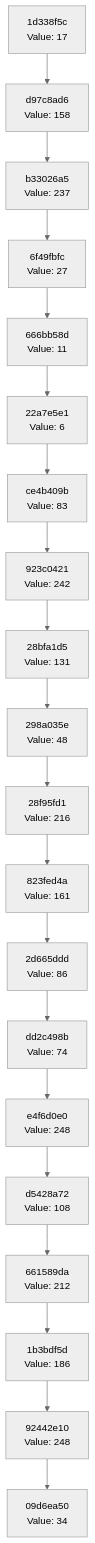
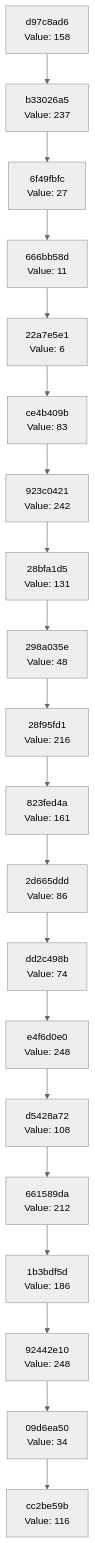
One commit to Abhisheksinha1506/hash-chain-evolver changed the diagram in docs/CHAIN_VISUALIZATION.md. Above: the diagram before and after it, drawn with Mermaid (neutral theme). The commit also changed 2 other files, not shown here.

Commit message:
Evolution Step

````diff
--- a/docs/CHAIN_VISUALIZATION.md
+++ b/docs/CHAIN_VISUALIZATION.md
@@ -3,42 +3,42 @@
 ```mermaid
 graph TD
-    C0["09d6ea50<br/>Value: 34"]
-    C1["92442e10<br/>Value: 248"]
+    C0["cc2be59b<br/>Value: 116"]
+    C1["09d6ea50<br/>Value: 34"]
     C1 --> C0
-    C2["1b3bdf5d<br/>Value: 186"]
+    C2["92442e10<br/>Value: 248"]
     C2 --> C1
-    C3["661589da<br/>Value: 212"]
+    C3["1b3bdf5d<br/>Value: 186"]
     C3 --> C2
-    C4["d5428a72<br/>Value: 108"]
+    C4["661589da<br/>Value: 212"]
     C4 --> C3
-    C5["e4f6d0e0<br/>Value: 248"]
+    C5["d5428a72<br/>Value: 108"]
     C5 --> C4
-    C6["dd2c498b<br/>Value: 74"]
+    C6["e4f6d0e0<br/>Value: 248"]
     C6 --> C5
-    C7["2d665ddd<br/>Value: 86"]
+    C7["dd2c498b<br/>Value: 74"]
     C7 --> C6
-    C8["823fed4a<br/>Value: 161"]
+    C8["2d665ddd<br/>Value: 86"]
     C8 --> C7
-    C9["28f95fd1<br/>Value: 216"]
+    C9["823fed4a<br/>Value: 161"]
     C9 --> C8
-    C10["298a035e<br/>Value: 48"]
+    C10["28f95fd1<br/>Value: 216"]
     C10 --> C9
-    C11["28bfa1d5<br/>Value: 131"]
+    C11["298a035e<br/>Value: 48"]
     C11 --> C10
-    C12["923c0421<br/>Value: 242"]
+    C12["28bfa1d5<br/>Value: 131"]
     C12 --> C11
-    C13["ce4b409b<br/>Value: 83"]
+    C13["923c0421<br/>Value: 242"]
     C13 --> C12
-    C14["22a7e5e1<br/>Value: 6"]
+    C14["ce4b409b<br/>Value: 83"]
     C14 --> C13
-    C15["666bb58d<br/>Value: 11"]
+    C15["22a7e5e1<br/>Value: 6"]
     C15 --> C14
-    C16["6f49fbfc<br/>Value: 27"]
+    C16["666bb58d<br/>Value: 11"]
     C16 --> C15
-    C17["b33026a5<br/>Value: 237"]
+    C17["6f49fbfc<br/>Value: 27"]
     C17 --> C16
-    C18["d97c8ad6<br/>Value: 158"]
+    C18["b33026a5<br/>Value: 237"]
     C18 --> C17
-    C19["1d338f5c<br/>Value: 17"]
+    C19["d97c8ad6<br/>Value: 158"]
     C19 --> C18
 ```
````
